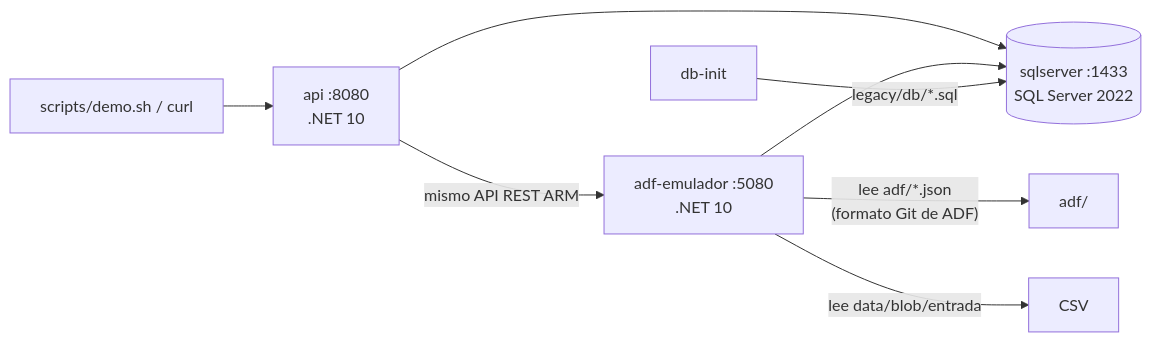
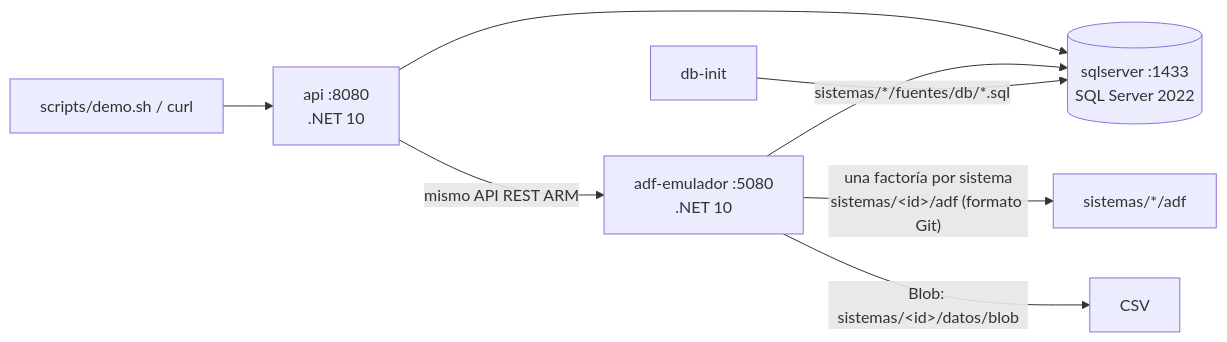
Before and after one commit to MatiasMonsalves/poc-pacifico-seguros: the third of 3 diagrams in docs/ARQUITECTURA.md, drawn with Mermaid. The commit also changed other lines of this file and 133 other files, not shown here.

````diff
--- a/docs/ARQUITECTURA.md
+++ b/docs/ARQUITECTURA.md
@@ -34,10 +34,10 @@
 ```mermaid
 flowchart LR
     DEMO["scripts/demo.sh / curl"] --> API["api :8080<br/>.NET 10"]
     API --> SQL[("sqlserver :1433<br/>SQL Server 2022")]
     API -- "mismo API REST ARM" --> EMU["adf-emulador :5080<br/>.NET 10"]
-    EMU -- "lee adf/*.json<br/>(formato Git de ADF)" --> JSON["adf/"]
-    EMU -- "lee data/blob/entrada" --> CSV["CSV"]
+    EMU -- "una factoría por sistema<br/>sistemas/&lt;id&gt;/adf (formato Git)" --> JSON["sistemas/*/adf"]
+    EMU -- "Blob: sistemas/&lt;id&gt;/datos/blob" --> CSV["CSV"]
     EMU --> SQL
-    INIT["db-init"] -- "legacy/db/*.sql" --> SQL
+    INIT["db-init"] -- "sistemas/*/fuentes/db/*.sql" --> SQL
 ```
````
